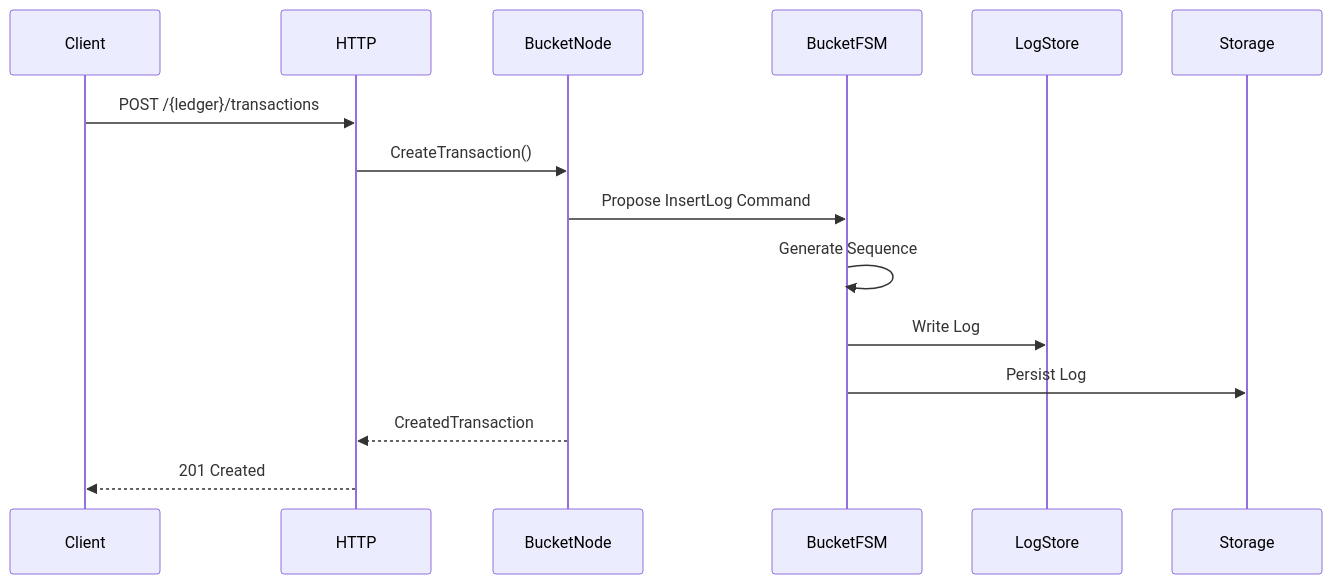
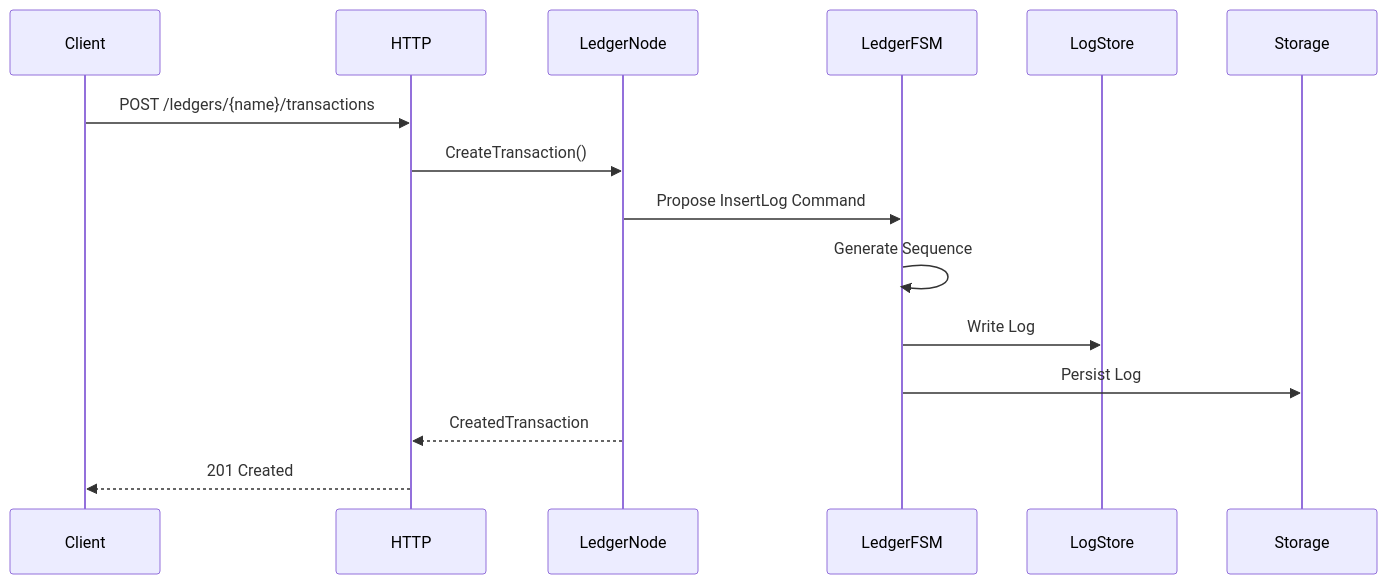
The fifth of 6 diagrams in docs/architecture.md (formancehq/ledger), drawn with Mermaid before and after one commit. The commit also changed other lines of this file and 123 other files, not shown here.

````diff
--- a/docs/architecture.md
+++ b/docs/architecture.md
@@ -184,18 +184,18 @@
 ```mermaid
 sequenceDiagram
     participant Client
     participant HTTP
-    participant BucketNode
-    participant BucketFSM
+    participant LedgerNode
+    participant LedgerFSM
     participant LogStore
     participant Storage
     
-    Client->>HTTP: POST /{ledger}/transactions
-    HTTP->>BucketNode: CreateTransaction()
-    BucketNode->>BucketFSM: Propose InsertLog Command
-    BucketFSM->>BucketFSM: Generate Sequence
-    BucketFSM->>LogStore: Write Log
-    BucketFSM->>Storage: Persist Log
-    BucketNode-->>HTTP: CreatedTransaction
+    Client->>HTTP: POST /ledgers/{name}/transactions
+    HTTP->>LedgerNode: CreateTransaction()
+    LedgerNode->>LedgerFSM: Propose InsertLog Command
+    LedgerFSM->>LedgerFSM: Generate Sequence
+    LedgerFSM->>LogStore: Write Log
+    LedgerFSM->>Storage: Persist Log
+    LedgerNode-->>HTTP: CreatedTransaction
     HTTP-->>Client: 201 Created
 ```
````
